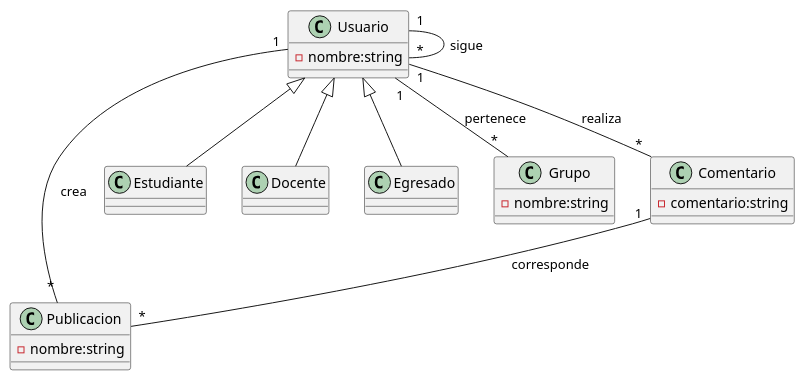
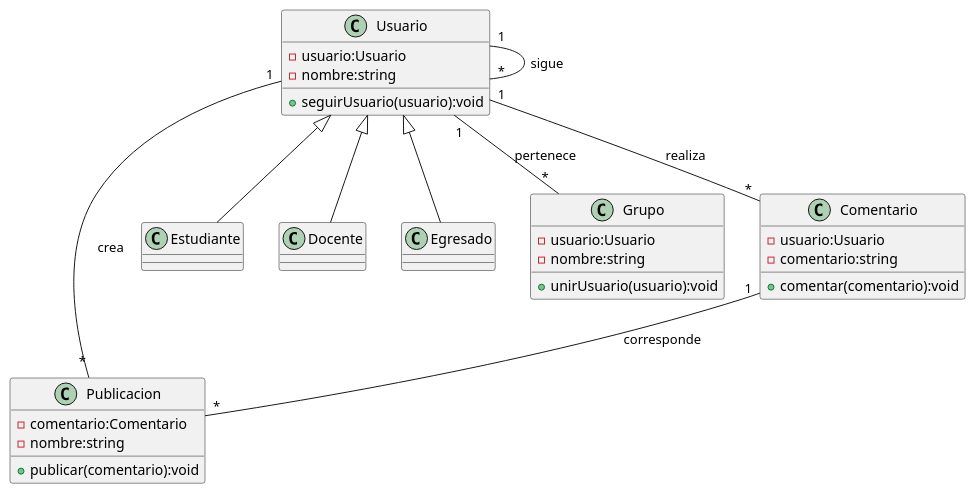
One commit to walternores/Repartido5 changed the diagram in src/Ejercicio4/Redsocial.puml. Above: the diagram before and after it, drawn with PlantUML.

Commit message:
2do envio especializacion UML

```diff
--- a/src/Ejercicio4/Redsocial.puml
+++ b/src/Ejercicio4/Redsocial.puml
@@ -1,31 +1,39 @@
 @startuml
 
 class Publicacion {
+-comentario:Comentario
 -nombre:string
++publicar(comentario):void
 }
 class Usuario {
+-usuario:Usuario
 -nombre:string
++seguirUsuario(usuario):void
 }
 class Estudiante extends Usuario{
 
 }
 class Docente extends Usuario{
 
 }
 class Egresado extends Usuario{
 
 }
 class Grupo {
+-usuario:Usuario
 -nombre:string
++unirUsuario(usuario):void
 }
 class Comentario {
+-usuario:Usuario
 -comentario:string
++comentar(comentario):void
 }
 
 Comentario "1" -- "*" Publicacion : corresponde
 Usuario "1" -- "*" Usuario : sigue
 Usuario "1" -- "*" Comentario : realiza
 Usuario "1" -- "*" Grupo : pertenece
 Usuario "1" -- "*" Publicacion : crea
 
 @enduml
```
